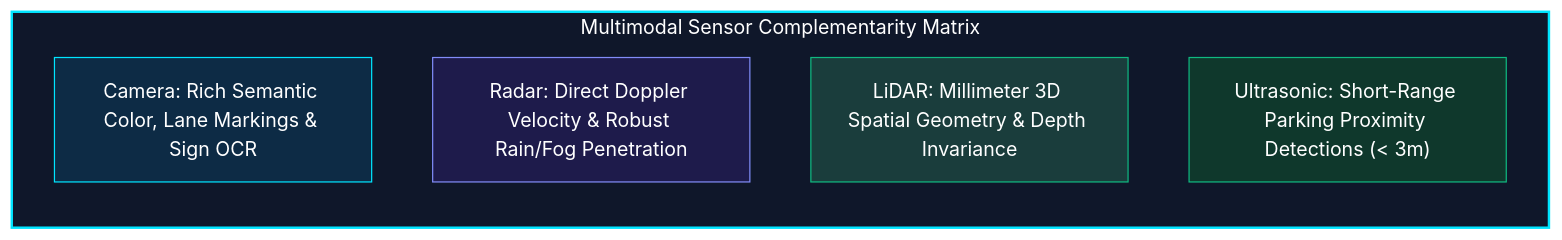
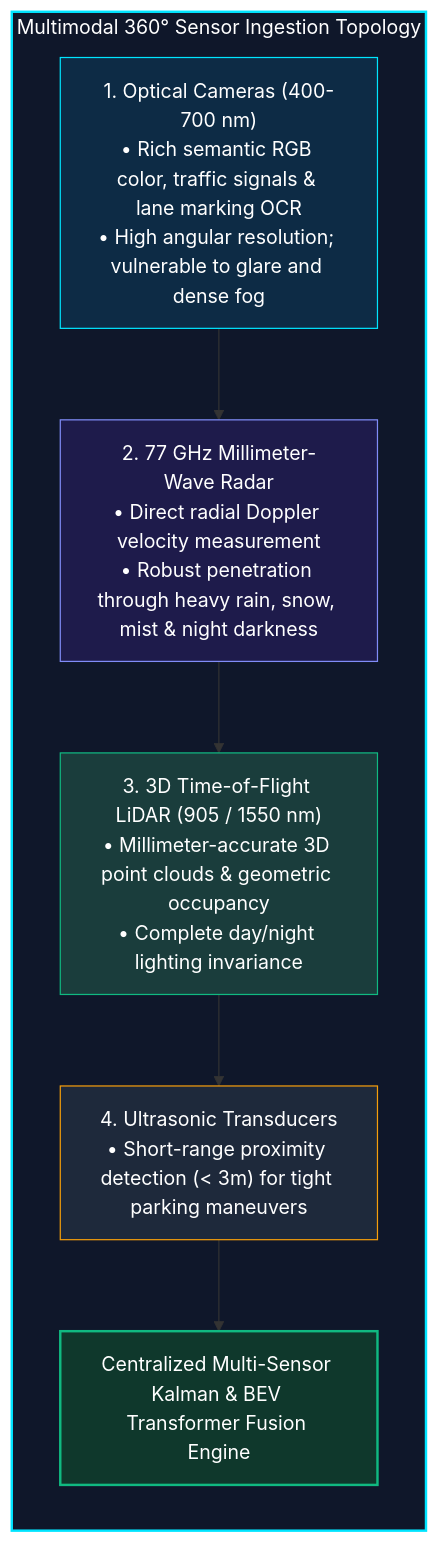
The seventh of 7 diagrams in contents/blog/0090-demystifying-autonomous-vehicles-sae-levels-sensor-fusion/index.md (narenandu/narenvadapalli_dot_com), drawn with Mermaid before and after one commit.

Commit message:
fix(blog-0090): stack sensor modality Mermaid nodes strictly vertically

````diff
--- a/contents/blog/0090-demystifying-autonomous-vehicles-sae-levels-sensor-fusion/index.md
+++ b/contents/blog/0090-demystifying-autonomous-vehicles-sae-levels-sensor-fusion/index.md
@@ -170,15 +170,17 @@
 ```mermaid
 flowchart TD
-    subgraph Modalities["Multimodal Sensor Complementarity Matrix"]
+    subgraph SensorSuite["Multimodal 360° Sensor Ingestion Topology"]
         direction TB
-        C1["Camera: Rich Semantic Color, Lane Markings & Sign OCR"]
-        R1["Radar: Direct Doppler Velocity & Robust Rain/Fog Penetration"]
-        L1["LiDAR: Millimeter 3D Spatial Geometry & Depth Invariance"]
-        U1["Ultrasonic: Short-Range Parking Proximity Detections (< 3m)"]
+        C1["1. Optical Cameras (400-700 nm)<br/>• Rich semantic RGB color, traffic signals & lane marking OCR<br/>• High angular resolution; vulnerable to glare and dense fog"]
+        C1 --> R1["2. 77 GHz Millimeter-Wave Radar<br/>• Direct radial Doppler velocity measurement<br/>• Robust penetration through heavy rain, snow, mist & night darkness"]
+        R1 --> L1["3. 3D Time-of-Flight LiDAR (905 / 1550 nm)<br/>• Millimeter-accurate 3D point clouds & geometric occupancy<br/>• Complete day/night lighting invariance"]
+        L1 --> U1["4. Ultrasonic Transducers<br/>• Short-range proximity detection (< 3m) for tight parking maneuvers"]
+        U1 --> F1["Centralized Multi-Sensor Kalman & BEV Transformer Fusion Engine"]
     end
-    style Modalities fill:#0f172a,stroke:#00e5ff,stroke-width:2px,color:#ffffff
+    style SensorSuite fill:#0f172a,stroke:#00e5ff,stroke-width:2px,color:#ffffff
     style C1 fill:#0d2b45,stroke:#00e5ff,stroke-width:1px,color:#ffffff
     style R1 fill:#1e1b4b,stroke:#818cf8,stroke-width:1px,color:#ffffff
     style L1 fill:#1a3d3c,stroke:#10b981,stroke-width:1px,color:#ffffff
-    style U1 fill:#0f382c,stroke:#10b981,stroke-width:1px,color:#ffffff
+    style U1 fill:#1e293b,stroke:#f59e0b,stroke-width:1px,color:#ffffff
+    style F1 fill:#0f382c,stroke:#10b981,stroke-width:2px,color:#ffffff
 ```
````
